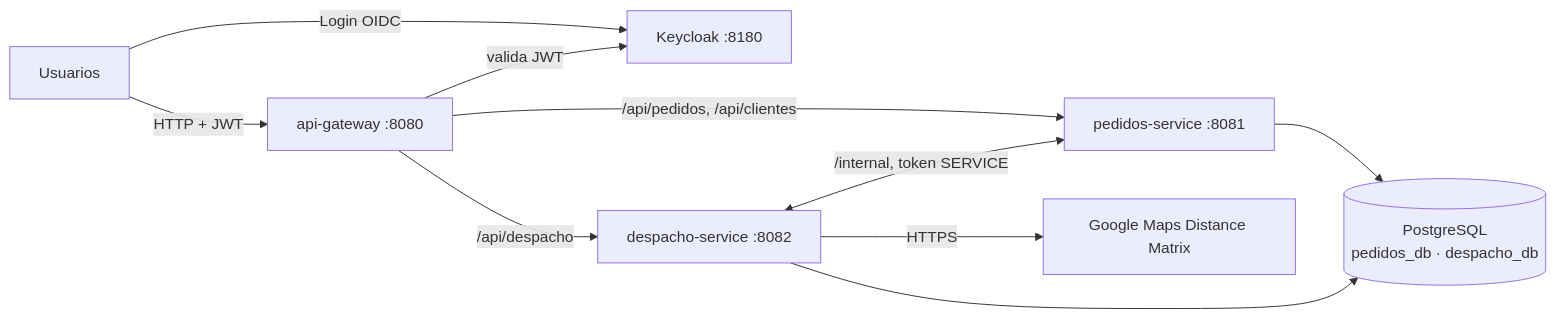
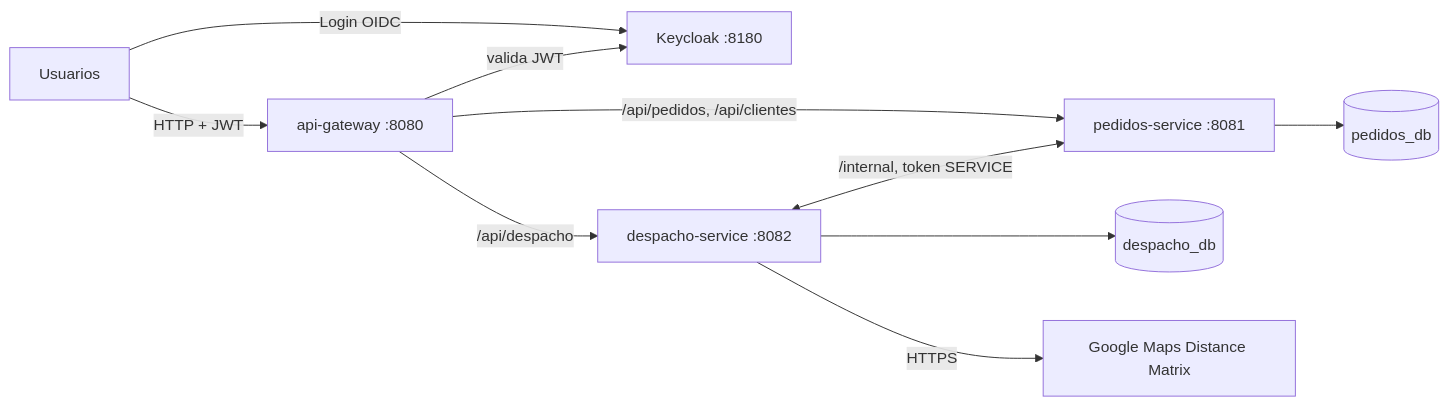
The diagram in README.md (SchallerFran/TP-Backend-Logistica-de-entregas-de-ultima-milla), drawn with Mermaid before and after one commit. The commit also changed other lines of this file and 4 other files, not shown here.

````diff
--- a/README.md
+++ b/README.md
@@ -18,12 +43,12 @@
 ```mermaid
 flowchart LR
     U[Usuarios] -->|HTTP + JWT| GW[api-gateway :8080]
     U -->|Login OIDC| KC[Keycloak :8180]
     GW -->|valida JWT| KC
     GW -->|/api/pedidos, /api/clientes| PS[pedidos-service :8081]
     GW -->|/api/despacho| DS[despacho-service :8082]
     DS <-->|/internal, token SERVICE| PS
-    PS --> DB[(PostgreSQL<br/>pedidos_db · despacho_db)]
-    DS --> DB
+    PS --> DB1[(pedidos_db)]
+    DS --> DB2[(despacho_db)]
     DS -->|HTTPS| GM[Google Maps Distance Matrix]
 ```
````
